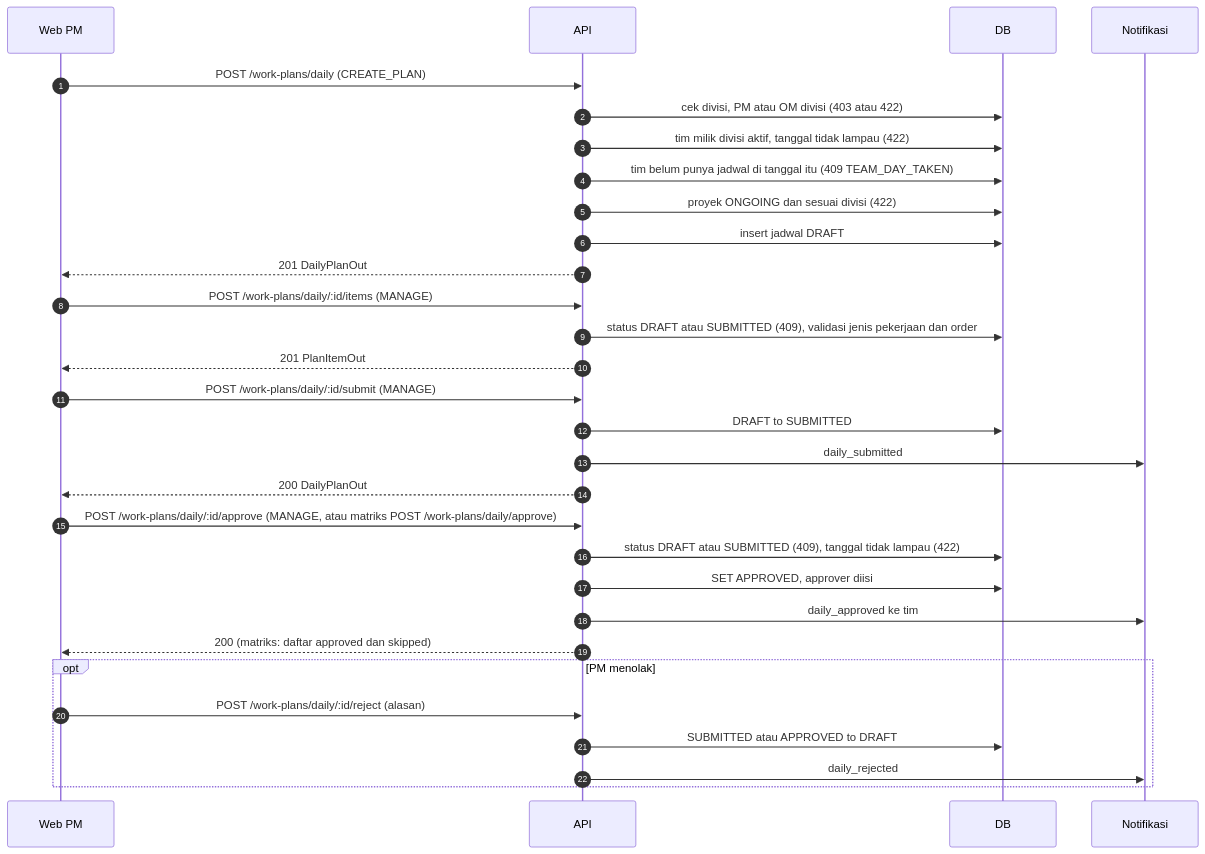
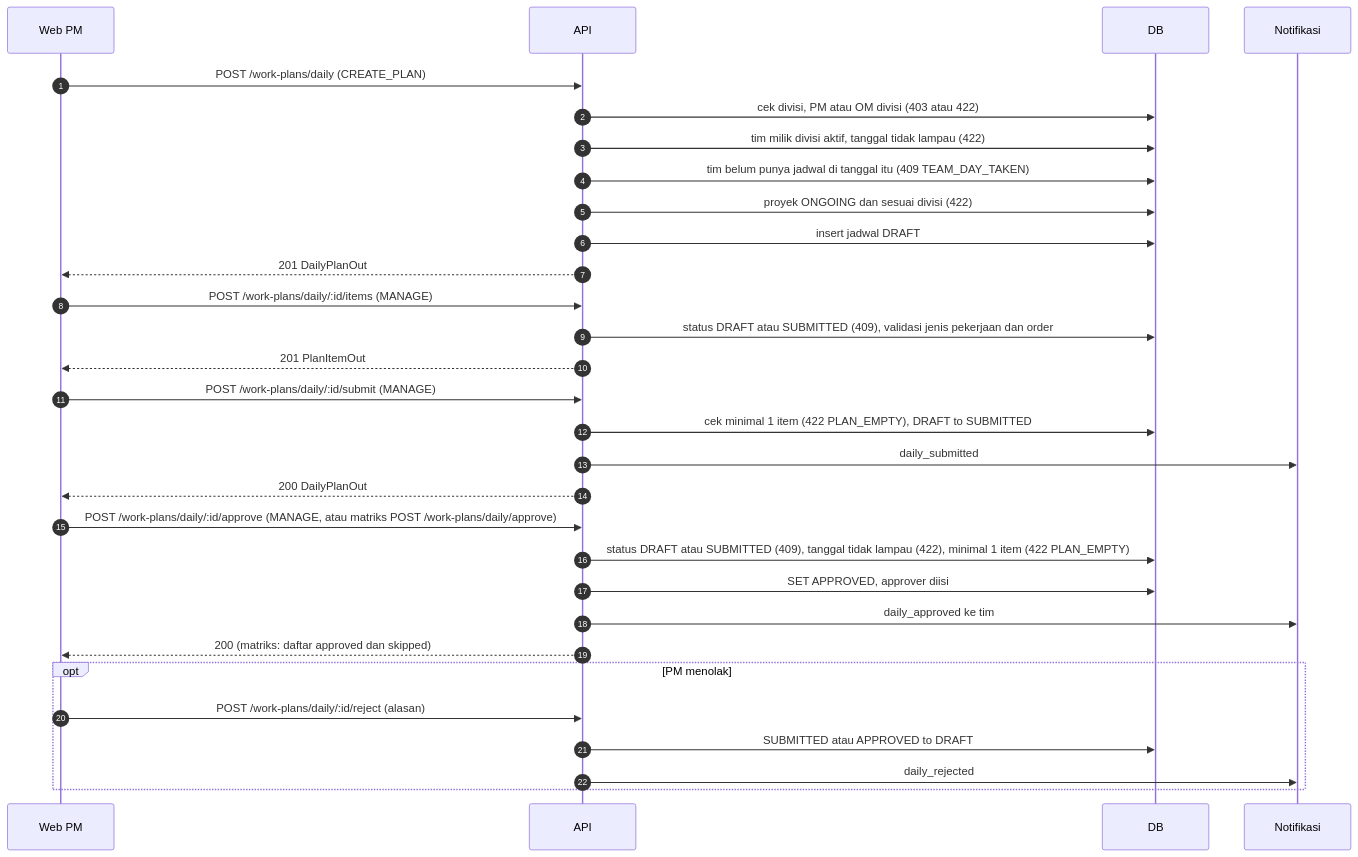
One commit to Visiontech-Indograha/visiontech-management-system changed the second of 10 diagrams in docs/diagram/03-sequence.md. Above: the diagram before and after it, drawn with Mermaid. The commit also changed other lines of this file and 7 other files, not shown here.

First line of the commit message:
docs: runbook retry Uptime Kuma, diagram dan laporan uji diperbarui (B5)

````diff
--- a/docs/diagram/03-sequence.md
+++ b/docs/diagram/03-sequence.md
@@ -39,32 +39,32 @@
 ```mermaid
 sequenceDiagram
     autonumber
     participant W as Web PM
     participant A as API
     participant D as DB
     participant N as Notifikasi
     W->>A: POST /work-plans/daily (CREATE_PLAN)
     A->>D: cek divisi, PM atau OM divisi (403 atau 422)
     A->>D: tim milik divisi aktif, tanggal tidak lampau (422)
     A->>D: tim belum punya jadwal di tanggal itu (409 TEAM_DAY_TAKEN)
     A->>D: proyek ONGOING dan sesuai divisi (422)
     A->>D: insert jadwal DRAFT
     A-->>W: 201 DailyPlanOut
     W->>A: POST /work-plans/daily/:id/items (MANAGE)
     A->>D: status DRAFT atau SUBMITTED (409), validasi jenis pekerjaan dan order
     A-->>W: 201 PlanItemOut
     W->>A: POST /work-plans/daily/:id/submit (MANAGE)
-    A->>D: DRAFT to SUBMITTED
+    A->>D: cek minimal 1 item (422 PLAN_EMPTY), DRAFT to SUBMITTED
     A->>N: daily_submitted
     A-->>W: 200 DailyPlanOut
     W->>A: POST /work-plans/daily/:id/approve (MANAGE, atau matriks POST /work-plans/daily/approve)
-    A->>D: status DRAFT atau SUBMITTED (409), tanggal tidak lampau (422)
+    A->>D: status DRAFT atau SUBMITTED (409), tanggal tidak lampau (422), minimal 1 item (422 PLAN_EMPTY)
     A->>D: SET APPROVED, approver diisi
     A->>N: daily_approved ke tim
     A-->>W: 200 (matriks: daftar approved dan skipped)
     opt PM menolak
         W->>A: POST /work-plans/daily/:id/reject (alasan)
         A->>D: SUBMITTED atau APPROVED to DRAFT
         A->>N: daily_rejected
     end
 ```
````
